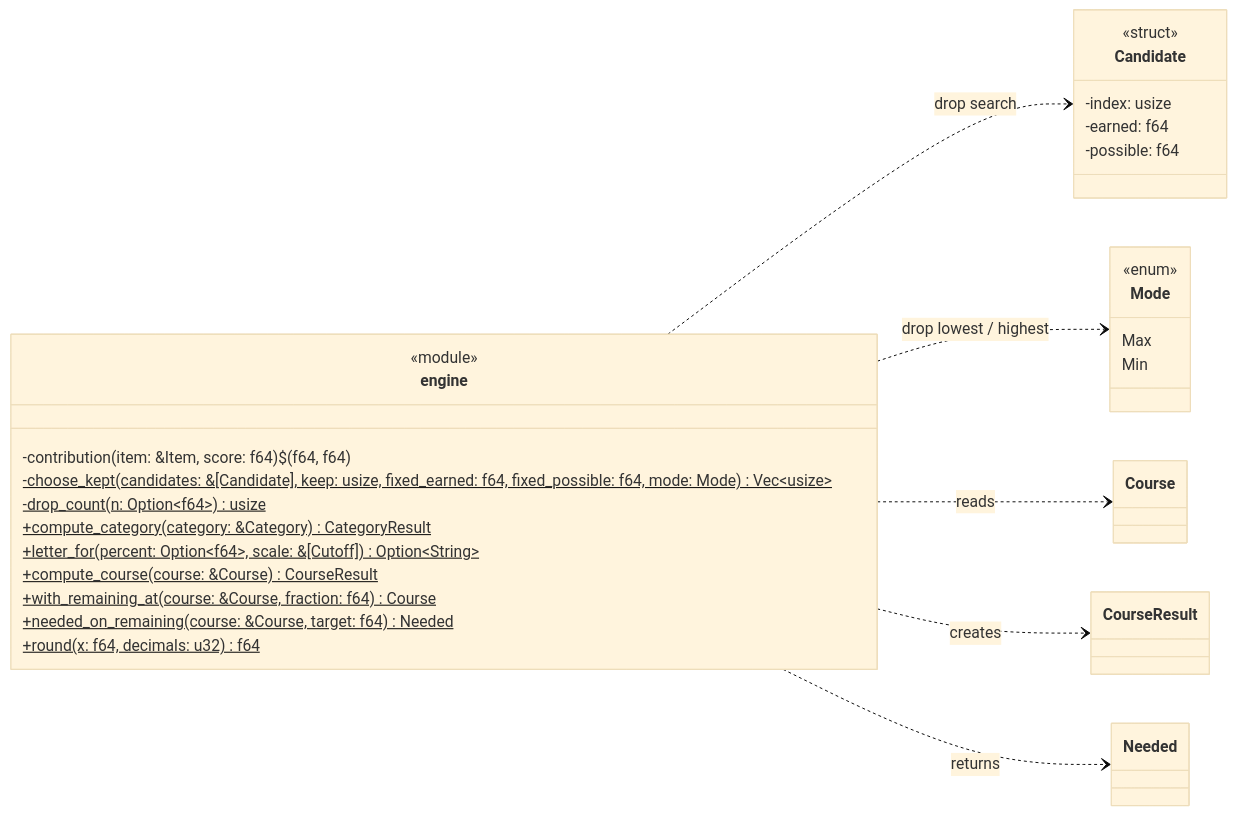
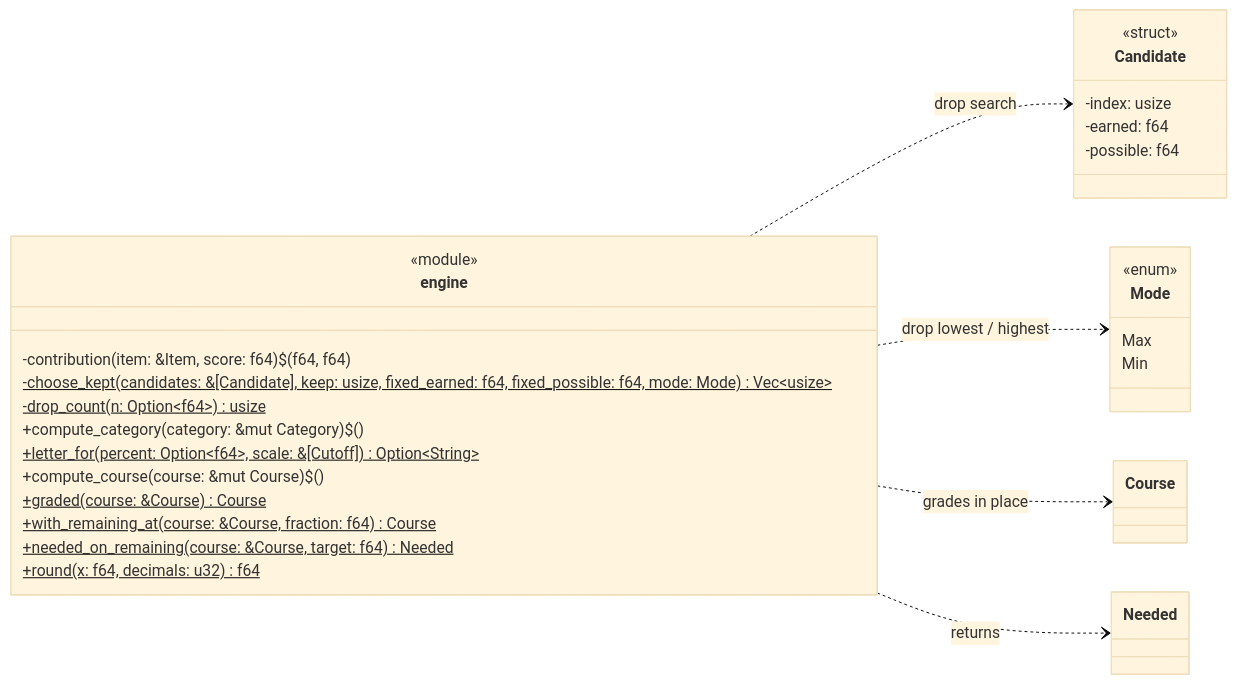
Before and after one commit to Patman1O1/grade-calculator: the fourth of 8 diagrams in docs/uml.md, drawn with Mermaid (base theme). The commit also changed other lines of this file and 11 other files, not shown here.

First line of the commit message:
Merge result types into Course, Category and Item

````diff
--- a/docs/uml.md
+++ b/docs/uml.md
@@ -182,32 +170,32 @@
 ```mermaid
 classDiagram
   direction LR
   class engine {
     <<module>>
     -contribution(item: &Item, score: f64)$ (f64, f64)
     -choose_kept(candidates: &[Candidate], keep: usize, fixed_earned: f64, fixed_possible: f64, mode: Mode)$ Vec~usize~
     -drop_count(n: Option~f64~)$ usize
-    +compute_category(category: &Category)$ CategoryResult
+    +compute_category(category: &mut Category)$ ()
     +letter_for(percent: Option~f64~, scale: &[Cutoff])$ Option~String~
-    +compute_course(course: &Course)$ CourseResult
+    +compute_course(course: &mut Course)$ ()
+    +graded(course: &Course)$ Course
     +with_remaining_at(course: &Course, fraction: f64)$ Course
     +needed_on_remaining(course: &Course, target: f64)$ Needed
     +round(x: f64, decimals: u32)$ f64
   }
   class Candidate {
     <<struct>>
     -index: usize
     -earned: f64
     -possible: f64
   }
   class Mode {
     <<enum>>
     Max
     Min
   }
   engine ..> Candidate : drop search
   engine ..> Mode : drop lowest / highest
-  engine ..> Course : reads
-  engine ..> CourseResult : creates
+  engine ..> Course : grades in place
   engine ..> Needed : returns
 ```
````
